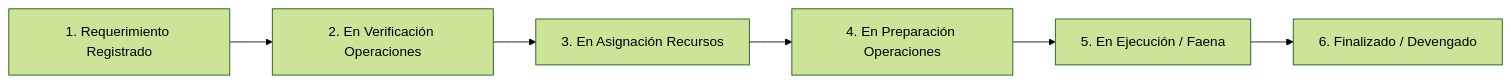
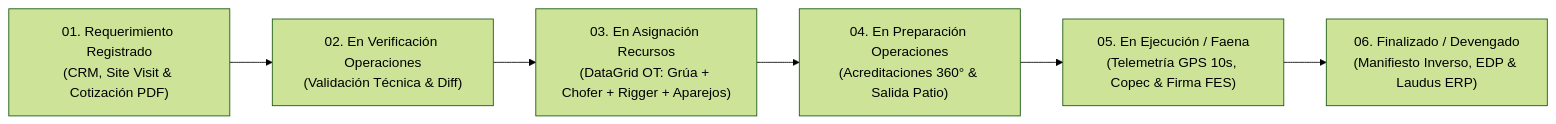
Before and after one commit to sgajardocastro/GSP: the diagram in reuniones/ReuniónPrimerHito/2026-08-27_Presentacion_Primer_Hito_Omar_Reyes.md, drawn with Mermaid (forest theme). The commit also changed other lines of this file and 3 other files, not shown here.

````diff
--- a/reuniones/ReuniónPrimerHito/2026-08-27_Presentacion_Primer_Hito_Omar_Reyes.md
+++ b/reuniones/ReuniónPrimerHito/2026-08-27_Presentacion_Primer_Hito_Omar_Reyes.md
@@ -46,8 +22,8 @@
 ```mermaid
 graph LR
-    C1["1. Requerimiento Registrado"] --> C2["2. En Verificación Operaciones"]
-    C2 --> C3["3. En Asignación Recursos"]
-    C3 --> C4["4. En Preparación Operaciones"]
-    C4 --> C5["5. En Ejecución / Faena"]
-    C5 --> C6["6. Finalizado / Devengado"]
+    A["01. Requerimiento Registrado<br/>(CRM, Site Visit & Cotización PDF)"] --> B["02. En Verificación Operaciones<br/>(Validación Técnica & Diff)"]
+    B --> C["03. En Asignación Recursos<br/>(DataGrid OT: Grúa + Chofer + Rigger + Aparejos)"]
+    C --> D["04. En Preparación Operaciones<br/>(Acreditaciones 360° & Salida Patio)"]
+    D --> E["05. En Ejecución / Faena<br/>(Telemetría GPS 10s, Copec & Firma FES)"]
+    E --> F["06. Finalizado / Devengado<br/>(Manifiesto Inverso, EDP & Laudus ERP)"]
 ```
````
